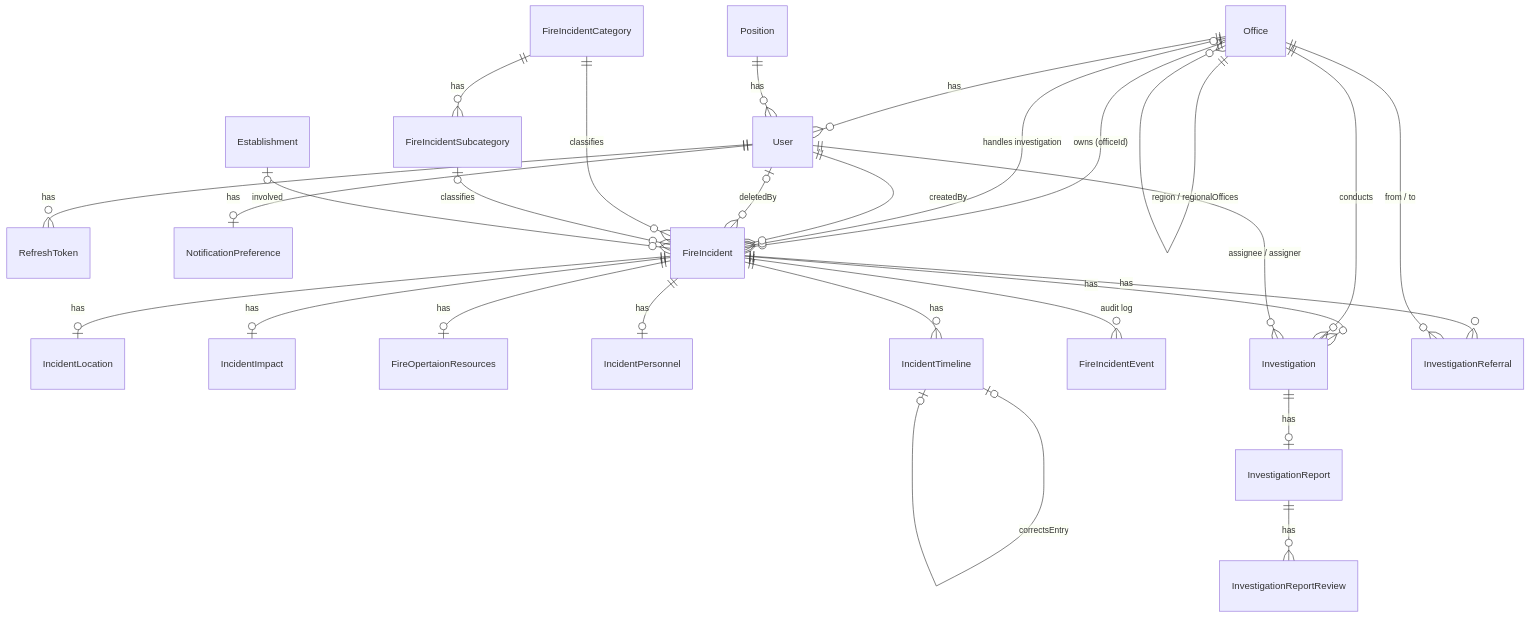
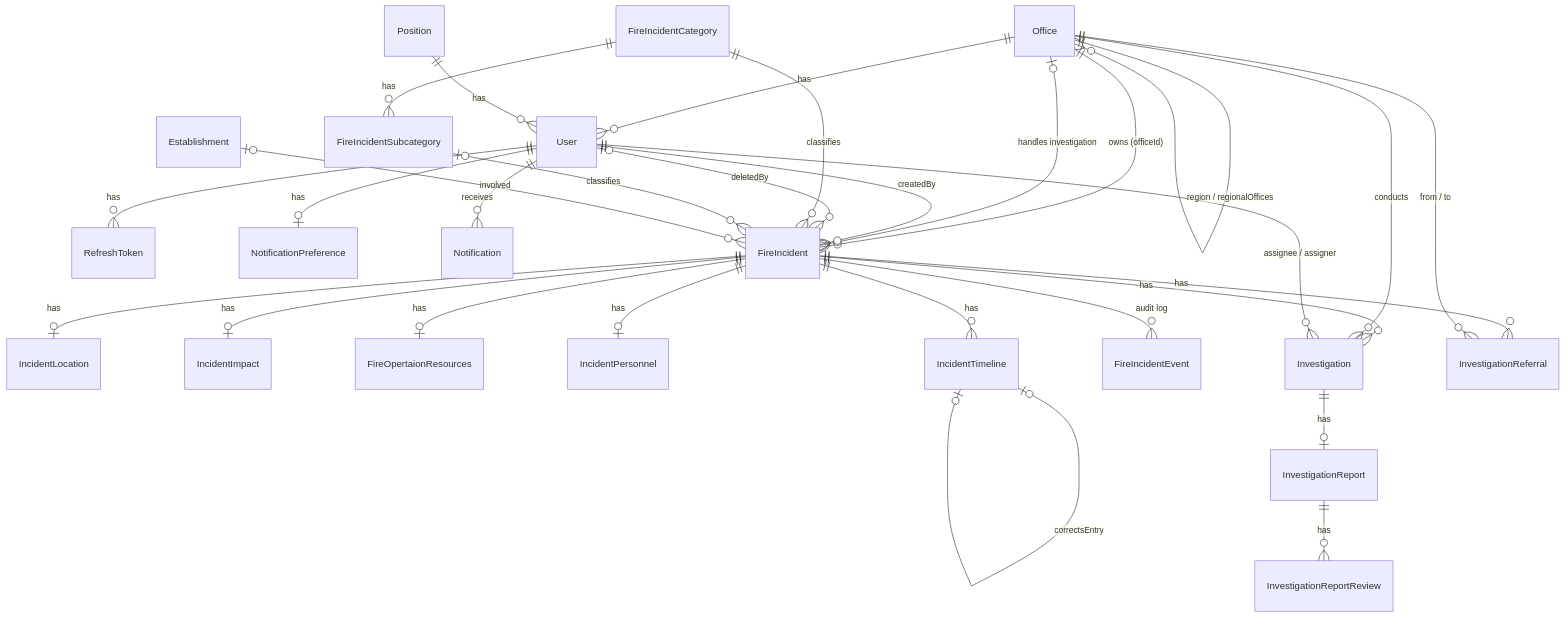
The diagram in docs/DATA_MODEL.md (geofreybazar/fire_investigation_and_suppression_system), drawn with Mermaid before and after one commit. The commit also changed other lines of this file and 40 other files, not shown here.

First line of the commit message:
Roadmap phase 3: in-app notifications (Q-21)

````diff
--- a/docs/DATA_MODEL.md
+++ b/docs/DATA_MODEL.md
@@ -7,34 +7,35 @@
 ```mermaid
 erDiagram
     Office ||--o{ Office : "parent / children"
     Office ||--o{ Office : "region / regionalOffices"
     Office ||--o{ User : has
     Position ||--o{ User : has
     User ||--o{ RefreshToken : has
     User ||--o| NotificationPreference : has
+    User ||--o{ Notification : receives
 
     Office ||--o{ FireIncident : "owns (officeId)"
     Office |o--o{ FireIncident : "handles investigation"
     User ||--o{ FireIncident : "createdBy"
     User |o--o{ FireIncident : "deletedBy"
     FireIncidentCategory ||--o{ FireIncidentSubcategory : has
     FireIncidentCategory ||--o{ FireIncident : classifies
     FireIncidentSubcategory |o--o{ FireIncident : classifies
     Establishment |o--o{ FireIncident : involved
 
     FireIncident ||--o| IncidentLocation : has
     FireIncident ||--o| IncidentImpact : has
     FireIncident ||--o| FireOpertaionResources : has
     FireIncident ||--o| IncidentPersonnel : has
     FireIncident ||--o{ IncidentTimeline : has
     IncidentTimeline |o--o| IncidentTimeline : "correctsEntry"
     FireIncident ||--o{ FireIncidentEvent : "audit log"
 
     FireIncident ||--o{ Investigation : has
     FireIncident ||--o{ InvestigationReferral : has
     Office ||--o{ Investigation : conducts
     User ||--o{ Investigation : "assignee / assigner"
     Office ||--o{ InvestigationReferral : "from / to"
     Investigation ||--o| InvestigationReport : has
     InvestigationReport ||--o{ InvestigationReportReview : has
 ```
````
